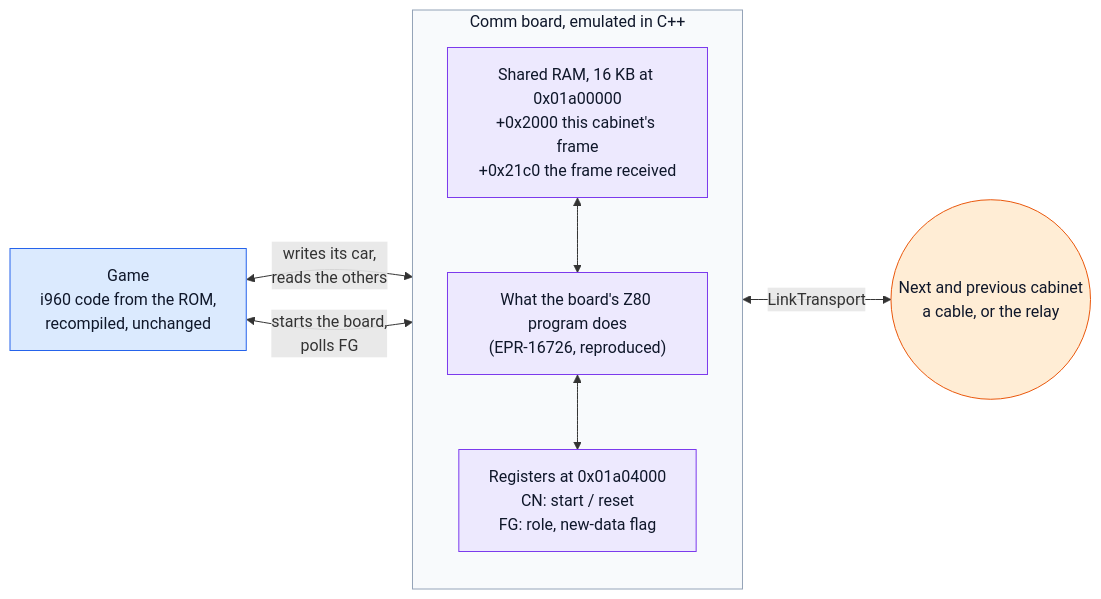
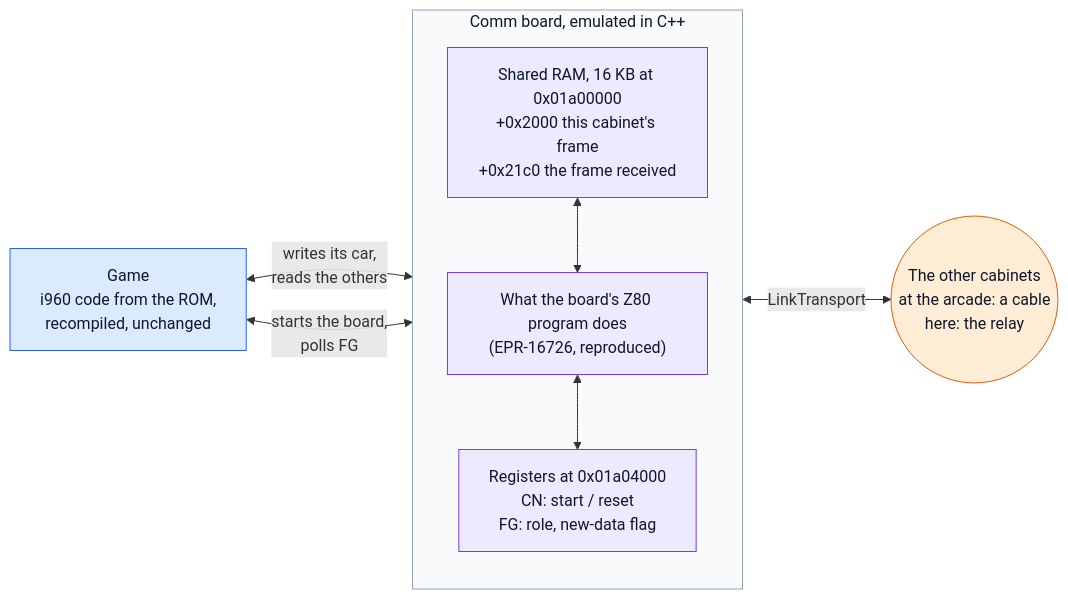
One commit to railton/daytona-reborn changed the first of 11 diagrams in docs/ONLINE-PROTOCOL.md. Above: the diagram before and after it, drawn with Mermaid. The commit also changed other lines of this file and 17 other files, not shown here.

First line of the commit message:
Docs: the protocol's diagrams; old documents removed

````diff
--- a/docs/ONLINE-PROTOCOL.md
+++ b/docs/ONLINE-PROTOCOL.md
@@ -30,23 +30,23 @@
 ```mermaid
 flowchart LR
     G["Game<br/>i960 code from the ROM,<br/>recompiled, unchanged"]:::game
     subgraph Board["Comm board, emulated in C++"]
         direction TB
         RAM["Shared RAM, 16 KB at 0x01a00000<br/>+0x2000 this cabinet's frame<br/>+0x21c0 the frame received"]:::board
         Z["What the board's Z80 program does<br/>(EPR-16726, reproduced)"]:::board
         REG["Registers at 0x01a04000<br/>CN: start / reset<br/>FG: role, new-data flag"]:::board
         RAM <--> Z
         Z <--> REG
     end
-    N(("Next and previous cabinet<br/>a cable, or the relay")):::net
+    N(("The other cabinets<br/>at the arcade: a cable<br/>here: the relay")):::net
     G <-->|"writes its car,<br/>reads the others"| RAM
     G <-->|"starts the board,<br/>polls FG"| REG
     Z <-->|"LinkTransport"| N
     style Board fill:#f8fafc,stroke:#94a3b8,color:#0f172a
     classDef game fill:#dbeafe,stroke:#2563eb,color:#0f172a
     classDef board fill:#ede9fe,stroke:#7c3aed,color:#0f172a
     classDef net fill:#ffedd5,stroke:#ea580c,color:#0f172a
     classDef ok fill:#dcfce7,stroke:#16a34a,color:#0f172a
     classDef bad fill:#fee2e2,stroke:#dc2626,color:#0f172a
     classDef step fill:#f1f5f9,stroke:#475569,color:#0f172a
 ```
````
